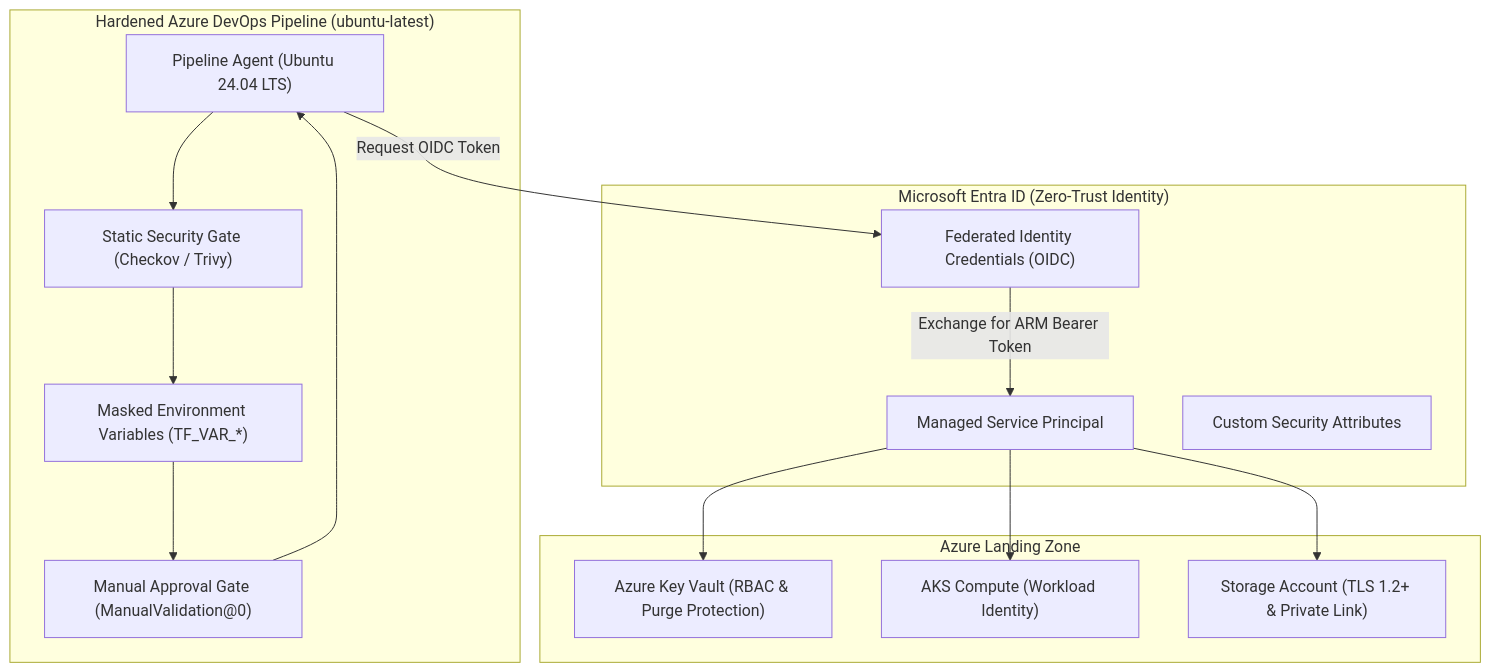
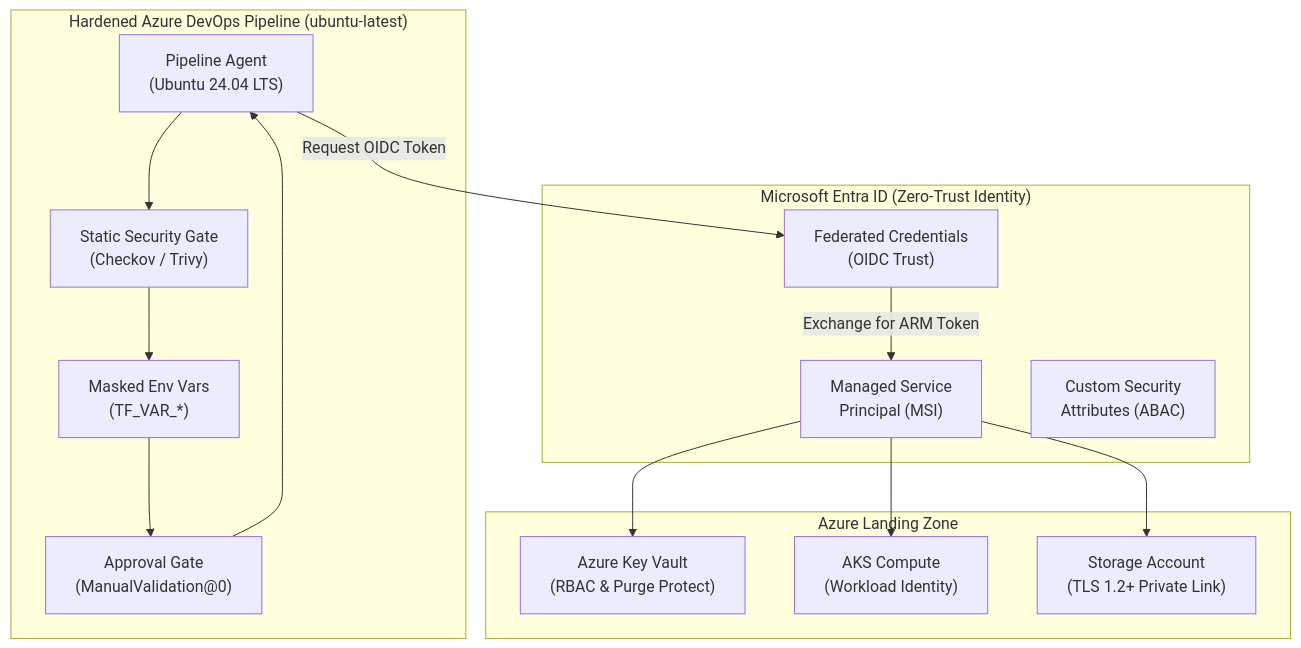
One commit to nubenetes/terraform-azure-devops-agentic changed the diagram in docs/325-ZERO_TRUST_AND_PIPELINE_SECURITY.md. Above: the diagram before and after it, drawn with Mermaid. The commit also changed 23 other files, not shown here.

Commit message:
docs: establish automated Mermaid validator and eliminate text clipping repo-wide

````diff
--- a/docs/325-ZERO_TRUST_AND_PIPELINE_SECURITY.md
+++ b/docs/325-ZERO_TRUST_AND_PIPELINE_SECURITY.md
@@ -15,31 +15,28 @@
 ```mermaid
 flowchart TD
     subgraph Identity_Plane ["Microsoft Entra ID (Zero-Trust Identity)"]
-        FedCred["Federated Identity Credentials (OIDC)"]
-        SPN["Managed Service Principal"]
-        CSA["Custom Security Attributes"]
+        FedCred["Federated Credentials<br/>(OIDC Trust)"]
+        SPN["Managed Service<br/>Principal (MSI)"]
+        CSA["Custom Security<br/>Attributes (ABAC)"]
     end
-
     subgraph Pipeline_Plane ["Hardened Azure DevOps Pipeline (ubuntu-latest)"]
-        Runner["Pipeline Agent (Ubuntu 24.04 LTS)"]
-        MaskedEnv["Masked Environment Variables (TF_VAR_*)"]
-        Scan["Static Security Gate (Checkov / Trivy)"]
-        Approval["Manual Approval Gate (ManualValidation@0)"]
+        Runner["Pipeline Agent<br/>(Ubuntu 24.04 LTS)"]
+        MaskedEnv["Masked Env Vars<br/>(TF_VAR_*)"]
+        Scan["Static Security Gate<br/>(Checkov / Trivy)"]
+        Approval["Approval Gate<br/>(ManualValidation@0)"]
     end
-
     subgraph Azure_Plane ["Azure Landing Zone"]
-        KeyVault["Azure Key Vault (RBAC & Purge Protection)"]
-        AKS["AKS Compute (Workload Identity)"]
-        Storage["Storage Account (TLS 1.2+ & Private Link)"]
+        KeyVault["Azure Key Vault<br/>(RBAC & Purge Protect)"]
+        AKS["AKS Compute<br/>(Workload Identity)"]
+        Storage["Storage Account<br/>(TLS 1.2+ Private Link)"]
     end
-
     Runner --> Scan
     Scan --> MaskedEnv
     MaskedEnv --> Approval
     Approval --> Runner
     Runner -->|Request OIDC Token| FedCred
-    FedCred -->|Exchange for ARM Bearer Token| SPN
+    FedCred -->|Exchange for ARM Token| SPN
     SPN --> KeyVault
     SPN --> AKS
     SPN --> Storage
 ```
````
